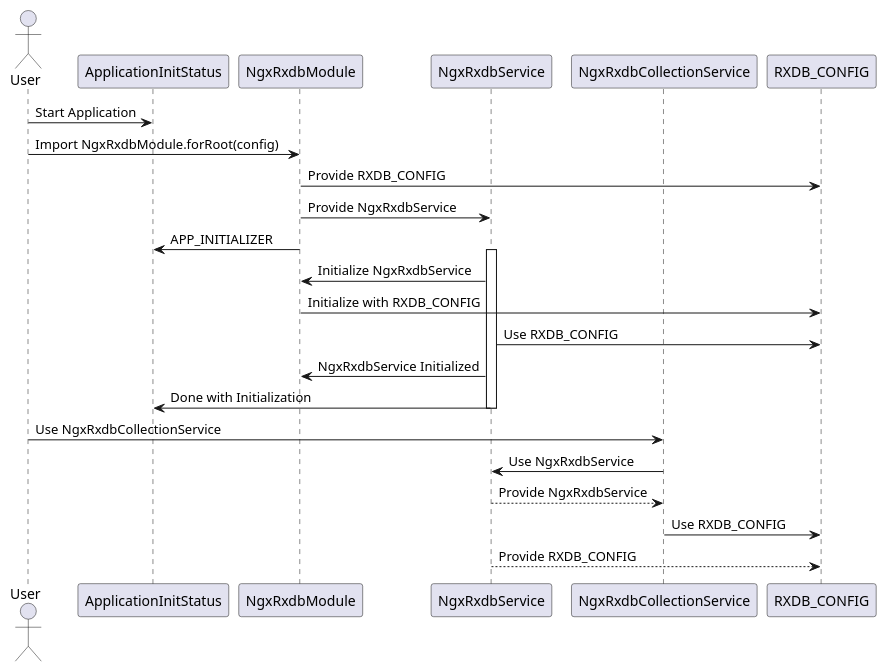
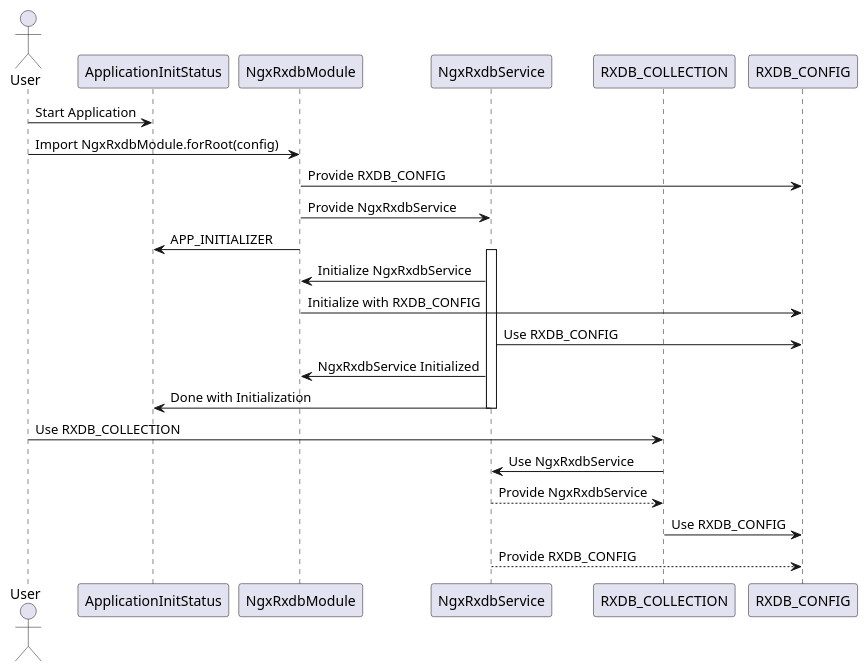
Before and after one commit to voznik/ngx-odm: the diagram in packages/rxdb/src/lib/rxdb.module.puml, drawn with PlantUML. The commit also changed 83 other files, not shown here.

```diff
--- a/packages/rxdb/src/lib/rxdb.module.puml
+++ b/packages/rxdb/src/lib/rxdb.module.puml
@@ -1,31 +1,31 @@
 @startuml NgxRxdbModule Initialization
 
 actor User
 participant ApplicationInitStatus
 participant NgxRxdbModule
 participant NgxRxdbService
-participant NgxRxdbCollectionService
+participant RXDB_COLLECTION
 participant RXDB_CONFIG
 
 User -> ApplicationInitStatus: Start Application
 User -> NgxRxdbModule: Import NgxRxdbModule.forRoot(config)
 NgxRxdbModule -> RXDB_CONFIG: Provide RXDB_CONFIG
 NgxRxdbModule -> NgxRxdbService: Provide NgxRxdbService
 NgxRxdbModule -> ApplicationInitStatus: APP_INITIALIZER
 
 activate NgxRxdbService
 NgxRxdbService -> NgxRxdbModule: Initialize NgxRxdbService
 NgxRxdbModule -> RXDB_CONFIG: Initialize with RXDB_CONFIG
 NgxRxdbService -> RXDB_CONFIG: Use RXDB_CONFIG
 NgxRxdbService -> NgxRxdbModule: NgxRxdbService Initialized
 NgxRxdbService -> ApplicationInitStatus: Done with Initialization
 
 deactivate NgxRxdbService
 
-User -> NgxRxdbCollectionService: Use NgxRxdbCollectionService
-NgxRxdbCollectionService -> NgxRxdbService: Use NgxRxdbService
-NgxRxdbService --> NgxRxdbCollectionService: Provide NgxRxdbService
-NgxRxdbCollectionService -> RXDB_CONFIG: Use RXDB_CONFIG
+User -> RXDB_COLLECTION: Use RXDB_COLLECTION
+RXDB_COLLECTION -> NgxRxdbService: Use NgxRxdbService
+NgxRxdbService --> RXDB_COLLECTION: Provide NgxRxdbService
+RXDB_COLLECTION -> RXDB_CONFIG: Use RXDB_CONFIG
 NgxRxdbService --> RXDB_CONFIG: Provide RXDB_CONFIG
 
 @enduml
```
